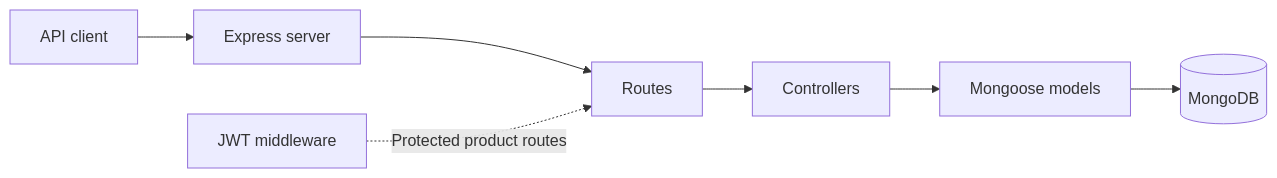
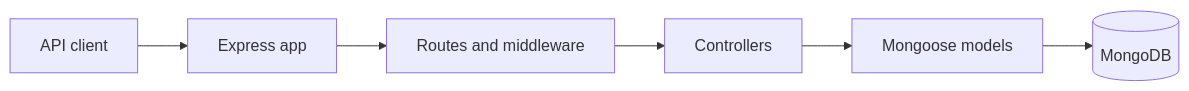
One commit to BlackCoffeeIA/marketplace-colaborativo changed the diagram in README.md. Above: the diagram before and after it, drawn with Mermaid. The commit also changed other lines of this file and 17 other files, not shown here.

````diff
--- a/README.md
+++ b/README.md
@@ -22,9 +20,8 @@
 ```mermaid
 flowchart LR
-    A[API client] --> B[Express server]
-    B --> C[Routes]
+    A[API client] --> B[Express app]
+    B --> C[Routes and middleware]
     C --> D[Controllers]
     D --> E[Mongoose models]
     E --> F[(MongoDB)]
-    G[JWT middleware] -. Protected product routes .-> C
 ```
````
